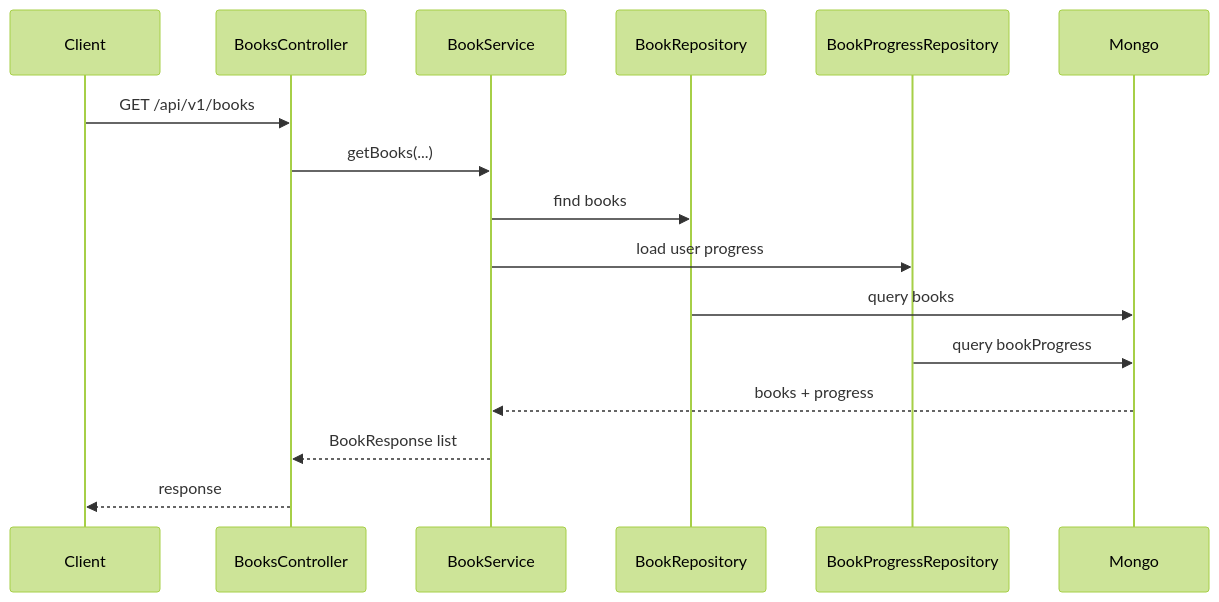
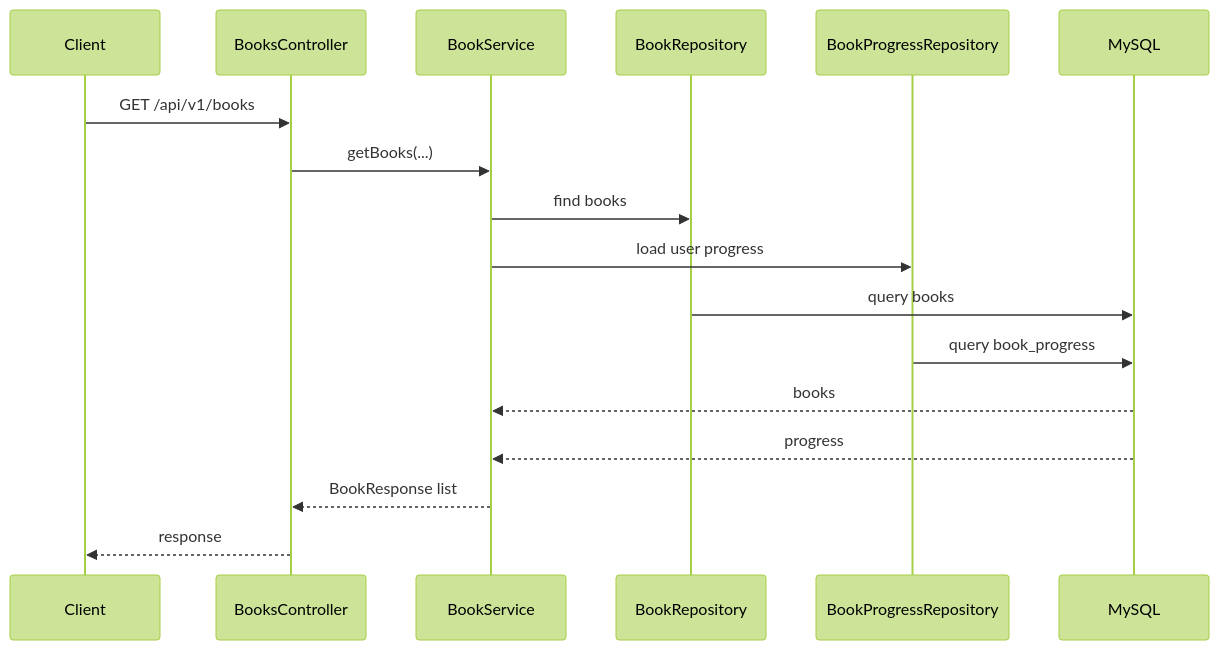
Before and after one commit to SWM16-ASAP/back-server: the second of 3 diagrams in docs/architecture/content-book.md, drawn with Mermaid (forest theme). The commit also changed other lines of this file and 202 other files, not shown here.

````diff
--- a/docs/architecture/content-book.md
+++ b/docs/architecture/content-book.md
@@ -78,19 +78,20 @@
 ```mermaid
 sequenceDiagram
     participant Client
     participant BooksController
     participant BookService
     participant BookRepository
     participant BookProgressRepository
-    participant Mongo
+    participant MySQL
 
     Client->>BooksController: GET /api/v1/books
     BooksController->>BookService: getBooks(...)
     BookService->>BookRepository: find books
     BookService->>BookProgressRepository: load user progress
-    BookRepository->>Mongo: query books
-    BookProgressRepository->>Mongo: query bookProgress
-    Mongo-->>BookService: books + progress
+    BookRepository->>MySQL: query books
+    BookProgressRepository->>MySQL: query book_progress
+    MySQL-->>BookService: books
+    MySQL-->>BookService: progress
     BookService-->>BooksController: BookResponse list
     BooksController-->>Client: response
 ```
````
